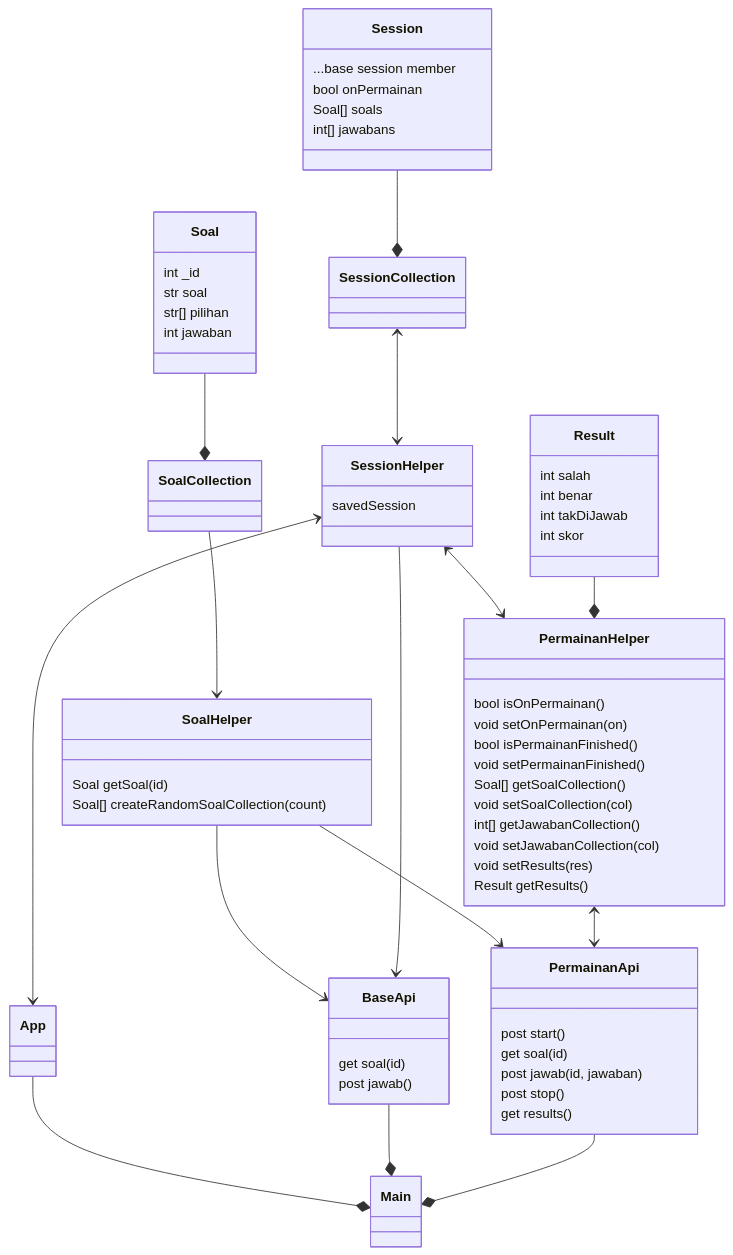
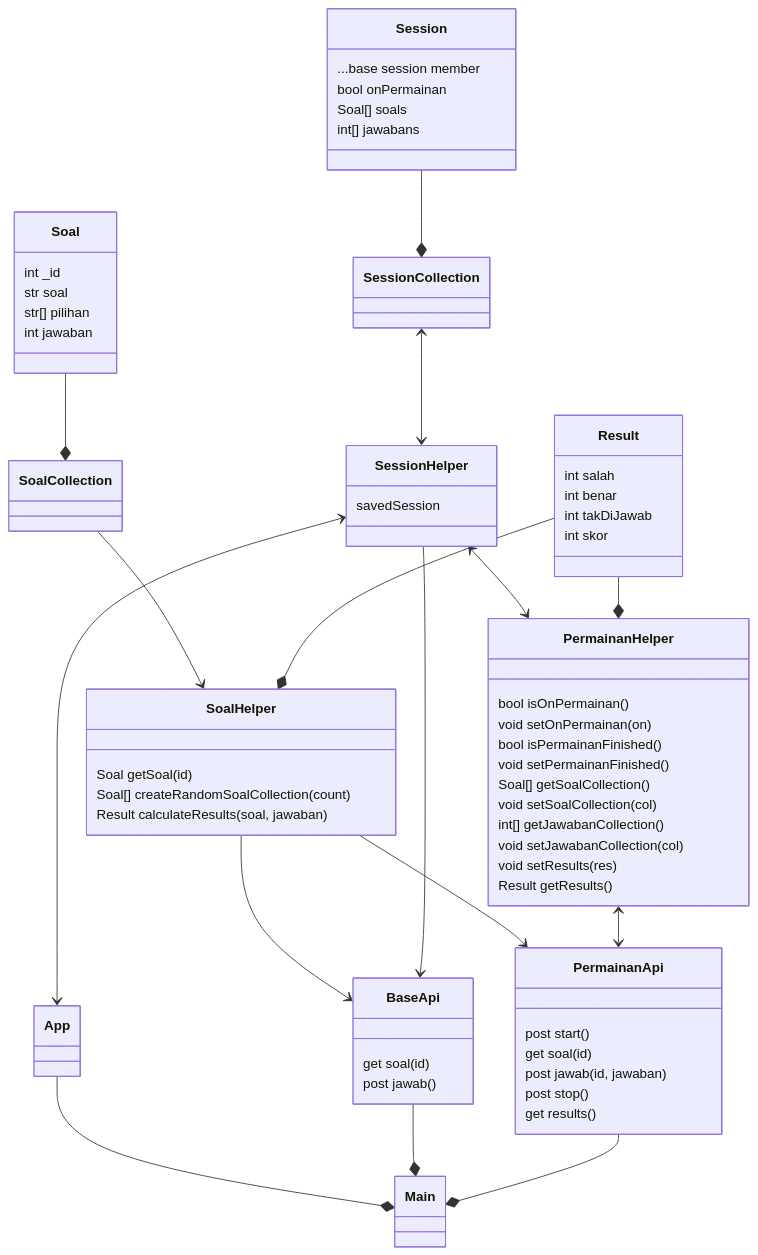
One commit to levirs565/quizx changed the diagram in architecture.md. Above: the diagram before and after it, drawn with Mermaid.

Commit message:
menambahkan calculateResults ke Soal Helper

````diff
--- a/architecture.md
+++ b/architecture.md
@@ -1,49 +1,51 @@
 ```mermaid
 classDiagram
 Soal --* Soal Collection
 Soal : int _id
 Soal : str soal
 Soal : str[] pilihan
 Soal : int jawaban
 Session --* Session Collection
 Session : ...base session member
 Session : bool onPermainan
 Session : Soal[] soals
 Session : int[] jawabans
 Session Collection <--> Session Helper
 Soal Collection --> Soal Helper
 Soal Helper --> Permainan Api
 Soal Helper : Soal getSoal(id)
 Soal Helper : Soal[] createRandomSoalCollection(count)
+Result --* Soal Helper
+Soal Helper : Result calculateResults(soal, jawaban)
 Session Helper <--> Permainan Helper
 Session Helper : savedSession 
 Session Helper <--> App
 Result --* Permainan Helper
 Result : int salah
 Result : int benar
 Result : int takDiJawab
 Result : int skor
 Permainan Helper <--> Permainan Api
 Permainan Helper : bool isOnPermainan()
 Permainan Helper : void setOnPermainan(on)
 Permainan Helper : bool isPermainanFinished()
 Permainan Helper : void setPermainanFinished()
 Permainan Helper : Soal[] getSoalCollection()
 Permainan Helper : void setSoalCollection(col)
 Permainan Helper : int[] getJawabanCollection()
 Permainan Helper : void setJawabanCollection(col)
 Permainan Helper : void setResults(res)
 Permainan Helper : Result getResults()
 Permainan Api : post start()
 Permainan Api : get soal(id)
 Permainan Api : post jawab(id, jawaban)
 Permainan Api : post stop()
 Permainan Api : get results()
 Soal Helper --> Base Api
 Session Helper --> Base Api
 Base Api : get soal(id)
 Base Api : post jawab()
 App --* Main
 Base Api --* Main
 Permainan Api --* Main
 ```
````
